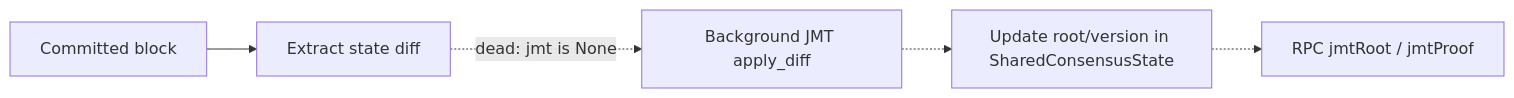
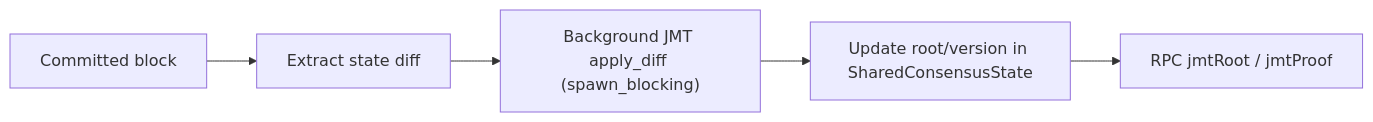
One commit to n42blockchain/n42-26 changed the sixth of 10 diagrams in docs/02-Core-Flows.md. Above: the diagram before and after it, drawn with Mermaid. The commit also changed other lines of this file and 11 other files, not shown here.

````diff
--- a/docs/02-Core-Flows.md
+++ b/docs/02-Core-Flows.md
@@ -124,7 +124,7 @@
 ```mermaid
 flowchart LR
     A["Committed block"] --> B["Extract state diff"]
-    B -.->|"dead: jmt is None"| C["Background JMT apply_diff"]
-    C -.-> D["Update root/version in SharedConsensusState"]
-    D -.-> E["RPC jmtRoot / jmtProof"]
+    B --> C["Background JMT apply_diff (spawn_blocking)"]
+    C --> D["Update root/version in SharedConsensusState"]
+    D --> E["RPC jmtRoot / jmtProof"]
 ```
````
